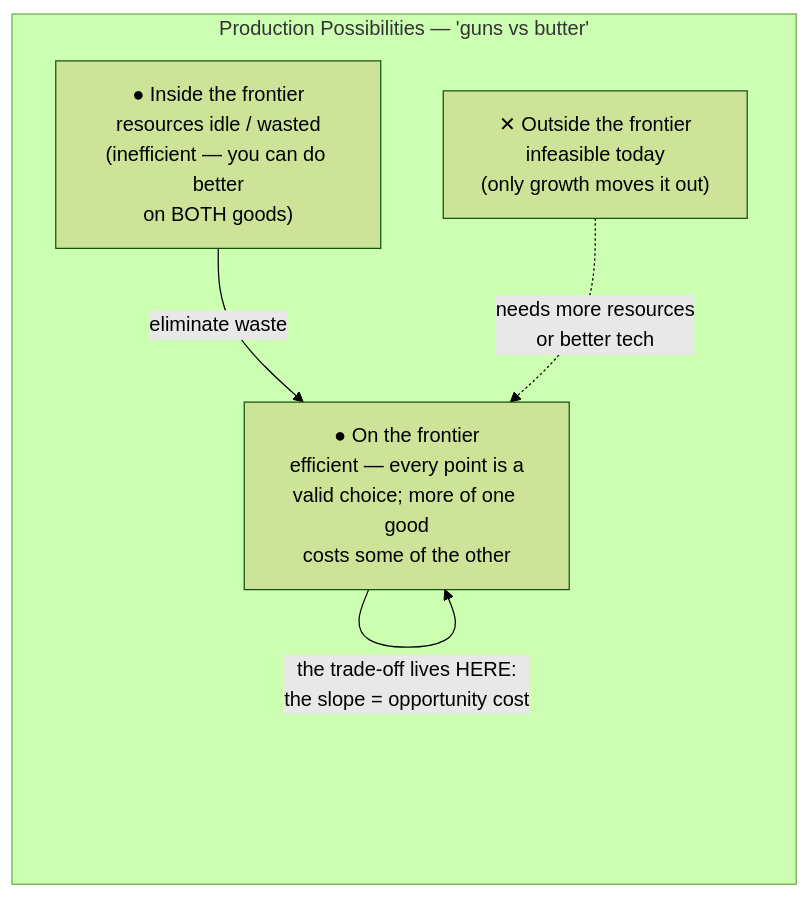
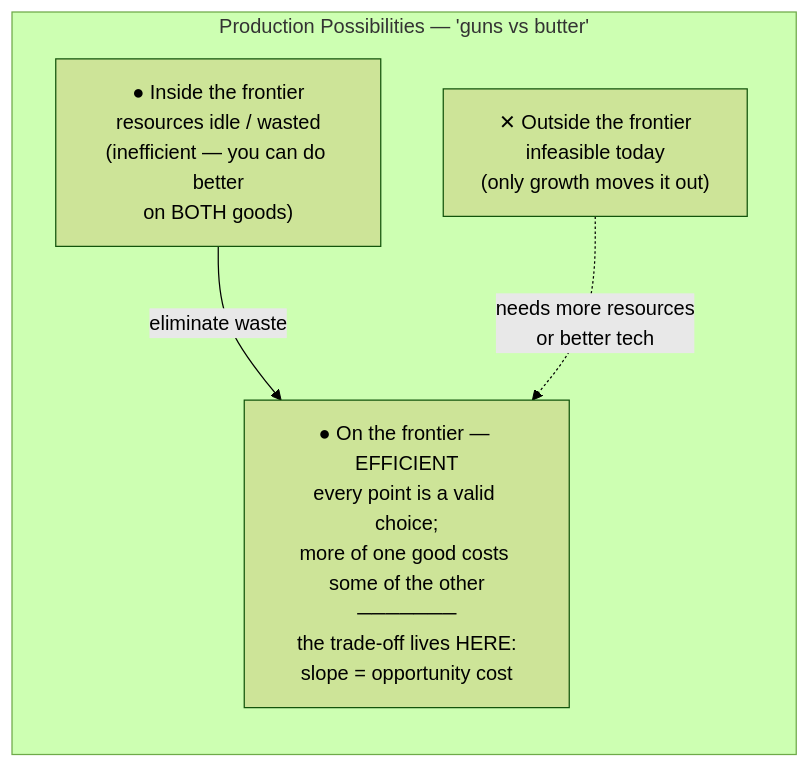
One commit to ustcer1984/Computer-Science-Software-Engineering-for-AI-Engineer changed the first of 2 diagrams in hobby/economy-and-finance/01-foundations/01-how-economists-think.md. Above: the diagram before and after it, drawn with Mermaid (forest theme). The commit also changed 1 other file, not shown here.

Commit message:
Fix PPF diagram: drop awkward self-loop per updated diagram rule
The updated agent-docs/diagrams.md mandates a visual check of every
rendered image. On inspection the PPF diagram's F-->F self-loop rendered
as a dangling U-shaped arc with its label sitting on the curve. Folded
the trade-off/slope note into the frontier node and removed the
self-loop; re-rendered and visually verified both diagrams are clean.

````diff
--- a/hobby/economy-and-finance/01-foundations/01-how-economists-think.md
+++ b/hobby/economy-and-finance/01-foundations/01-how-economists-think.md
@@ -172,12 +172,11 @@
 ```mermaid
 flowchart LR
     subgraph PPF["Production Possibilities — 'guns vs butter'"]
         direction TB
         I["● Inside the frontier<br/>resources idle / wasted<br/>(inefficient — you can do better<br/>on BOTH goods)"]
-        F["● On the frontier<br/>efficient — every point is a<br/>valid choice; more of one good<br/>costs some of the other"]
+        F["● On the frontier — EFFICIENT<br/>every point is a valid choice;<br/>more of one good costs some of the other<br/>───────<br/>the trade-off lives HERE:<br/>slope = opportunity cost"]
         U["✕ Outside the frontier<br/>infeasible today<br/>(only growth moves it out)"]
     end
     I -->|"eliminate waste"| F
-    F -->|"the trade-off lives HERE:<br/>the slope = opportunity cost"| F
     U -.->|"needs more resources<br/>or better tech"| F
 ```
````
